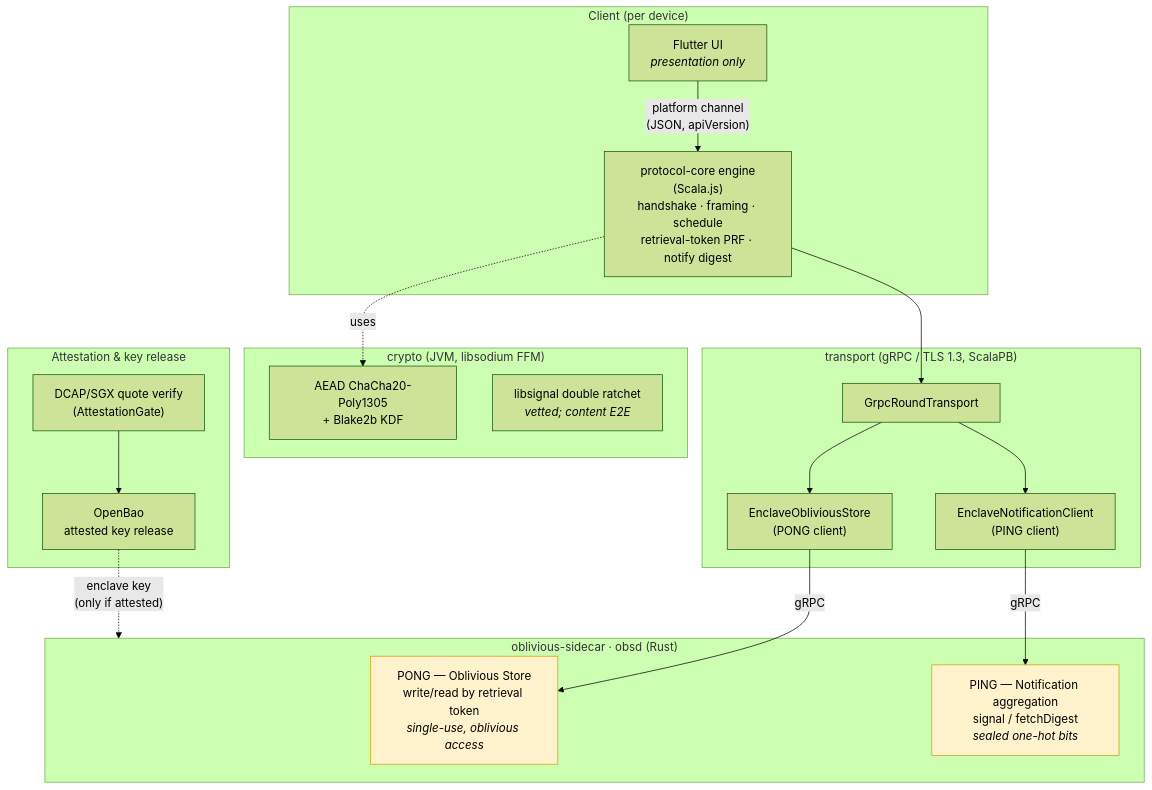
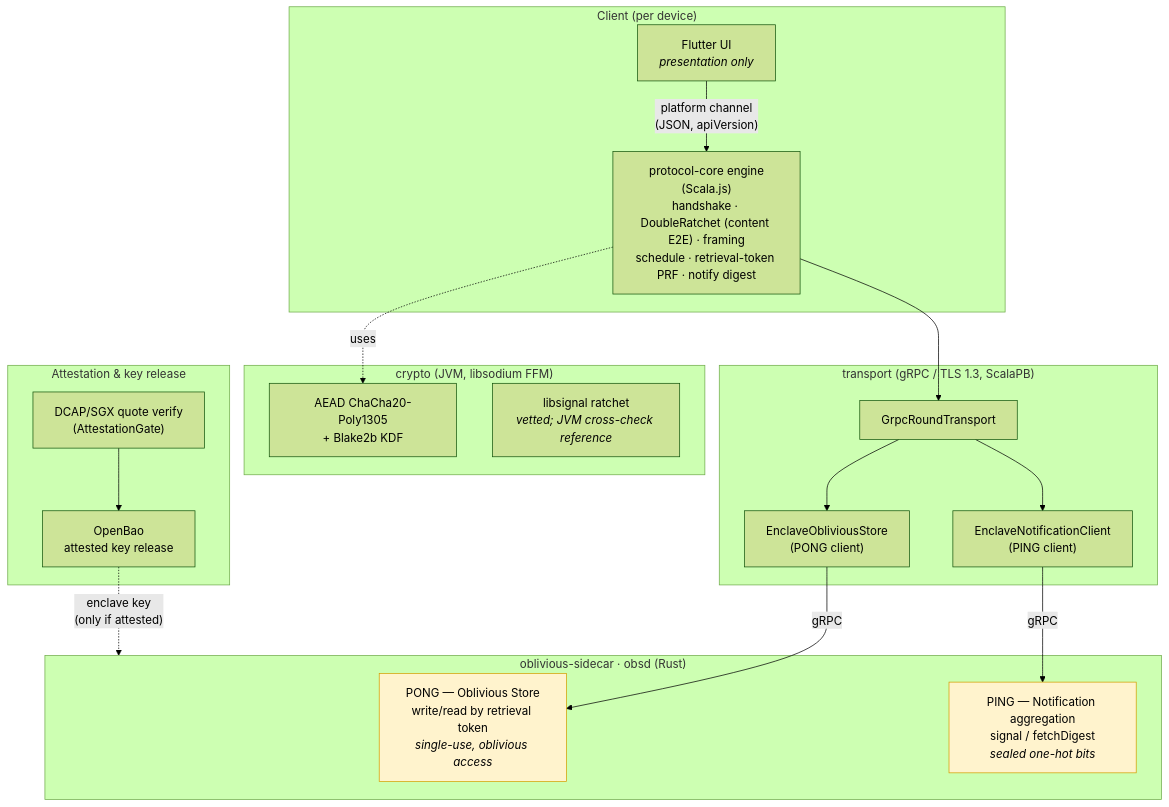
One commit to oluies/Deppis changed the first of 9 diagrams in ARCHITECTURE.md. Above: the diagram before and after it, drawn with Mermaid (forest theme). The commit also changed other lines of this file and 11 other files, not shown here.

First line of the commit message:
deps(crypto): libsignal-client 0.61.0 → 0.86.5 — the handshake is now PQXDH (#95)

````diff
--- a/ARCHITECTURE.md
+++ b/ARCHITECTURE.md
@@ -21,41 +21,41 @@
 ```mermaid
 flowchart TB
     subgraph client["Client (per device)"]
         flutter["Flutter UI<br/><i>presentation only</i>"]
-        engine["protocol-core engine<br/>(Scala.js)<br/>handshake · framing · schedule<br/>retrieval-token PRF · notify digest"]
+        engine["protocol-core engine<br/>(Scala.js)<br/>handshake · DoubleRatchet (content E2E) · framing<br/>schedule · retrieval-token PRF · notify digest"]
         flutter -->|"platform channel<br/>(JSON, apiVersion)"| engine
     end
 
     subgraph crypto["crypto (JVM, libsodium FFM)"]
         aead["AEAD ChaCha20-Poly1305<br/>+ Blake2b KDF"]
-        ratchet["libsignal double ratchet<br/><i>vetted; content E2E</i>"]
+        ratchet["libsignal ratchet<br/><i>vetted; JVM cross-check reference</i>"]
     end
 
     subgraph transport["transport (gRPC / TLS 1.3, ScalaPB)"]
         grt["GrpcRoundTransport"]
         store_front["EnclaveObliviousStore<br/>(PONG client)"]
         notify_front["EnclaveNotificationClient<br/>(PING client)"]
         grt --> store_front
         grt --> notify_front
     end
 
     subgraph sidecar["oblivious-sidecar · obsd (Rust)"]
         pong["PONG — Oblivious Store<br/>write/read by retrieval token<br/><i>single-use, oblivious access</i>"]
         ping["PING — Notification aggregation<br/>signal / fetchDigest<br/><i>sealed one-hot bits</i>"]
     end
 
     subgraph attest["Attestation & key release"]
         dcap["DCAP/SGX quote verify<br/>(AttestationGate)"]
         bao["OpenBao<br/>attested key release"]
     end
 
     engine -. uses .-> aead
     engine --> grt
     store_front -->|gRPC| pong
     notify_front -->|gRPC| ping
     dcap --> bao
     bao -.->|"enclave key<br/>(only if attested)"| sidecar
 
     classDef dev fill:#fff3cd,stroke:#d39e00;
     class pong,ping dev;
 ```
````
